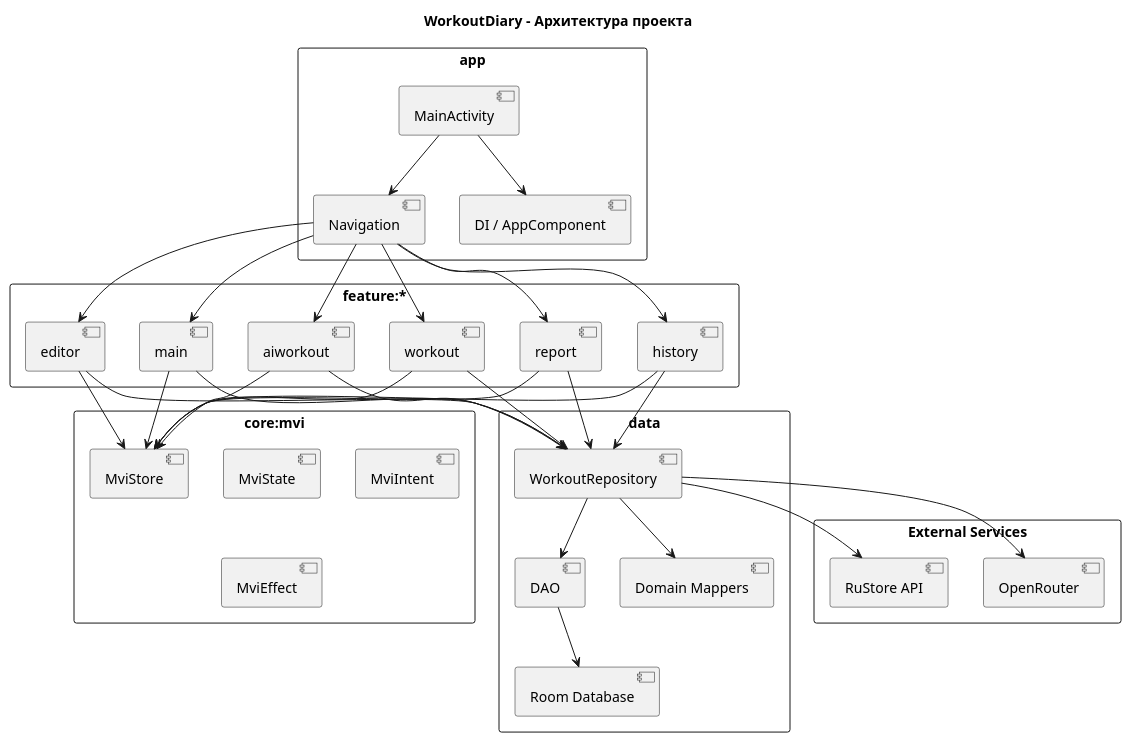
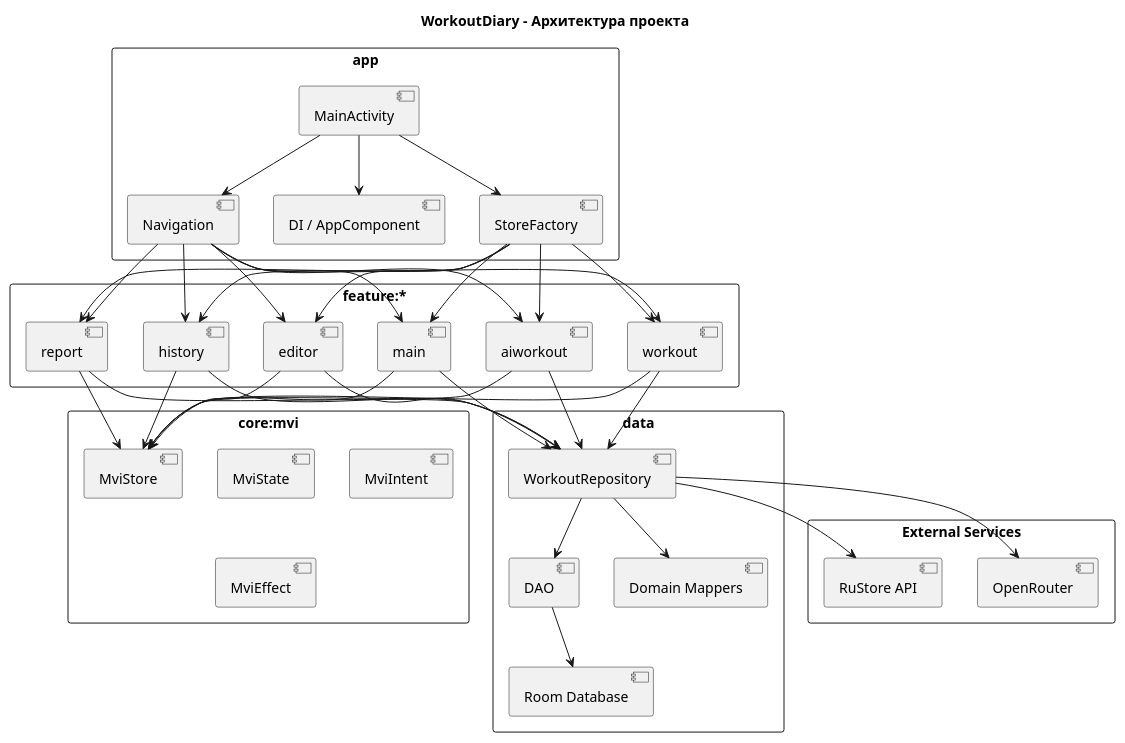
One commit to BestPricklyCactus/WorkoutDiary changed the diagram in docs/uml/architecture_diagram.puml. Above: the diagram before and after it, drawn with PlantUML. The commit also changed 6 other files, not shown here.

Commit message:
Обновила README.md и диаграммы

```diff
--- a/docs/uml/architecture_diagram.puml
+++ b/docs/uml/architecture_diagram.puml
@@ -1,72 +1,81 @@
 @startuml
 title WorkoutDiary - Архитектура проекта
 
 skinparam backgroundColor white
 skinparam packageStyle rectangle
 skinparam shadowing false
 skinparam defaultFontName Arial
 
 package "app" {
   [MainActivity]
   [Navigation]
   [DI / AppComponent]
+  [StoreFactory]
 }
 
 package "core:mvi" {
   [MviStore]
   [MviState]
   [MviIntent]
   [MviEffect]
 }
 
 package "feature:*" {
   [main]
   [editor]
   [history]
   [report]
   [workout]
   [aiworkout]
 }
 
 package "data" {
   [WorkoutRepository]
   [DAO]
   [Domain Mappers]
   [Room Database]
 }
 
 package "External Services" {
   [OpenRouter]
   [RuStore API]
 }
 
 [MainActivity] --> [Navigation]
 [MainActivity] --> [DI / AppComponent]
+[MainActivity] --> [StoreFactory]
 [Navigation] --> [main]
 [Navigation] --> [editor]
 [Navigation] --> [history]
 [Navigation] --> [report]
 [Navigation] --> [workout]
 [Navigation] --> [aiworkout]
+
+[StoreFactory] --> [main]
+[StoreFactory] --> [editor]
+[StoreFactory] --> [history]
+[StoreFactory] --> [report]
+[StoreFactory] --> [workout]
+[StoreFactory] --> [aiworkout]
 
 [main] --> [MviStore]
 [editor] --> [MviStore]
 [history] --> [MviStore]
 [report] --> [MviStore]
 [workout] --> [MviStore]
 [aiworkout] --> [MviStore]
 
 [main] --> [WorkoutRepository]
 [editor] --> [WorkoutRepository]
 [history] --> [WorkoutRepository]
 [report] --> [WorkoutRepository]
 [workout] --> [WorkoutRepository]
 [aiworkout] --> [WorkoutRepository]
 
 [WorkoutRepository] --> [DAO]
 [WorkoutRepository] --> [Domain Mappers]
 [DAO] --> [Room Database]
 [WorkoutRepository] --> [OpenRouter]
 [WorkoutRepository] --> [RuStore API]
 
 @enduml
```
